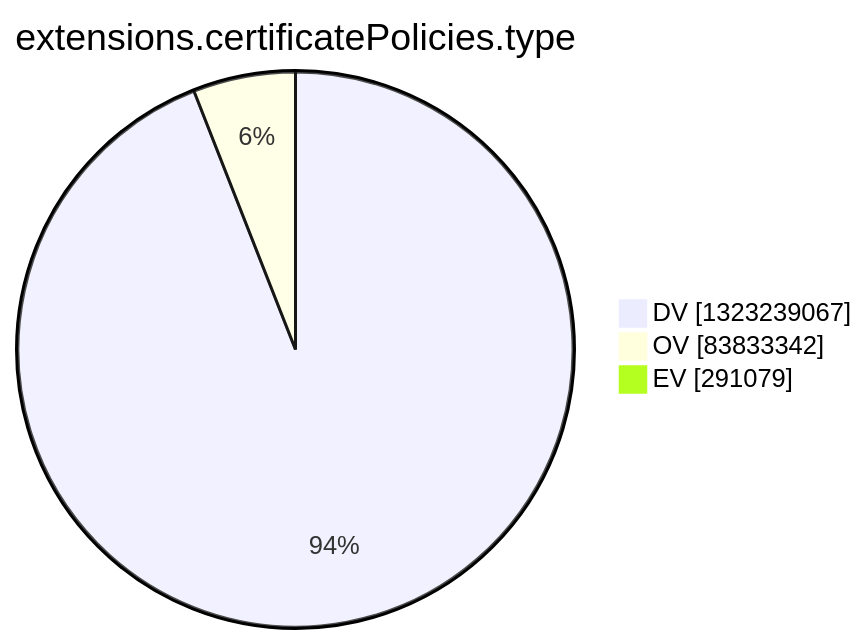
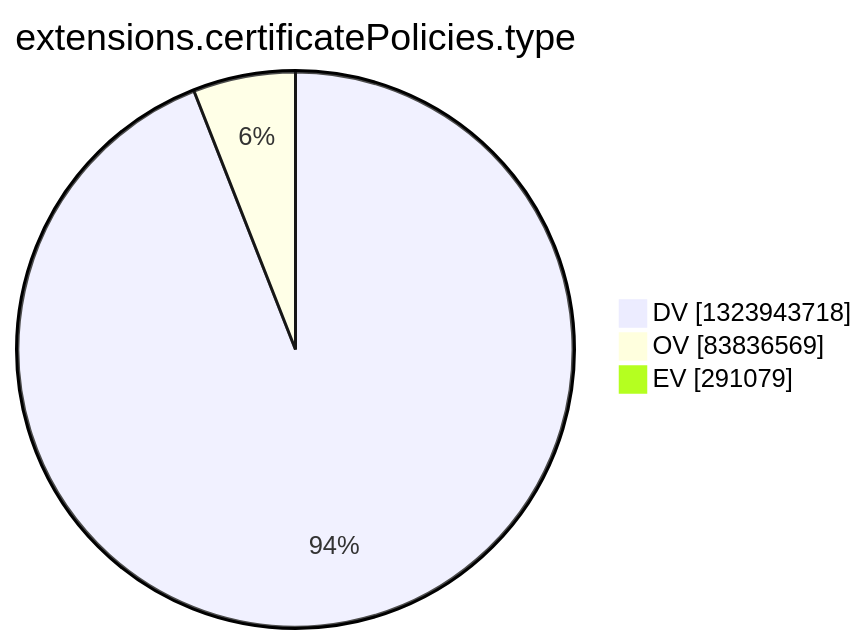
The tenth of 15 diagrams in argon2022/README.md (christiankrug/ctmonitor_visualization), drawn with Mermaid before and after one commit. The commit also changed other lines of this file, not shown here.

````diff
--- a/argon2022/README.md
+++ b/argon2022/README.md
@@ -2772,7 +2772,7 @@
 ```mermaid
 pie showData
 title extensions.certificatePolicies.type
-"DV" :1323239067
-"OV" :83833342
+"DV" :1323943718
+"OV" :83836569
 "EV" :291079
 ```
````
